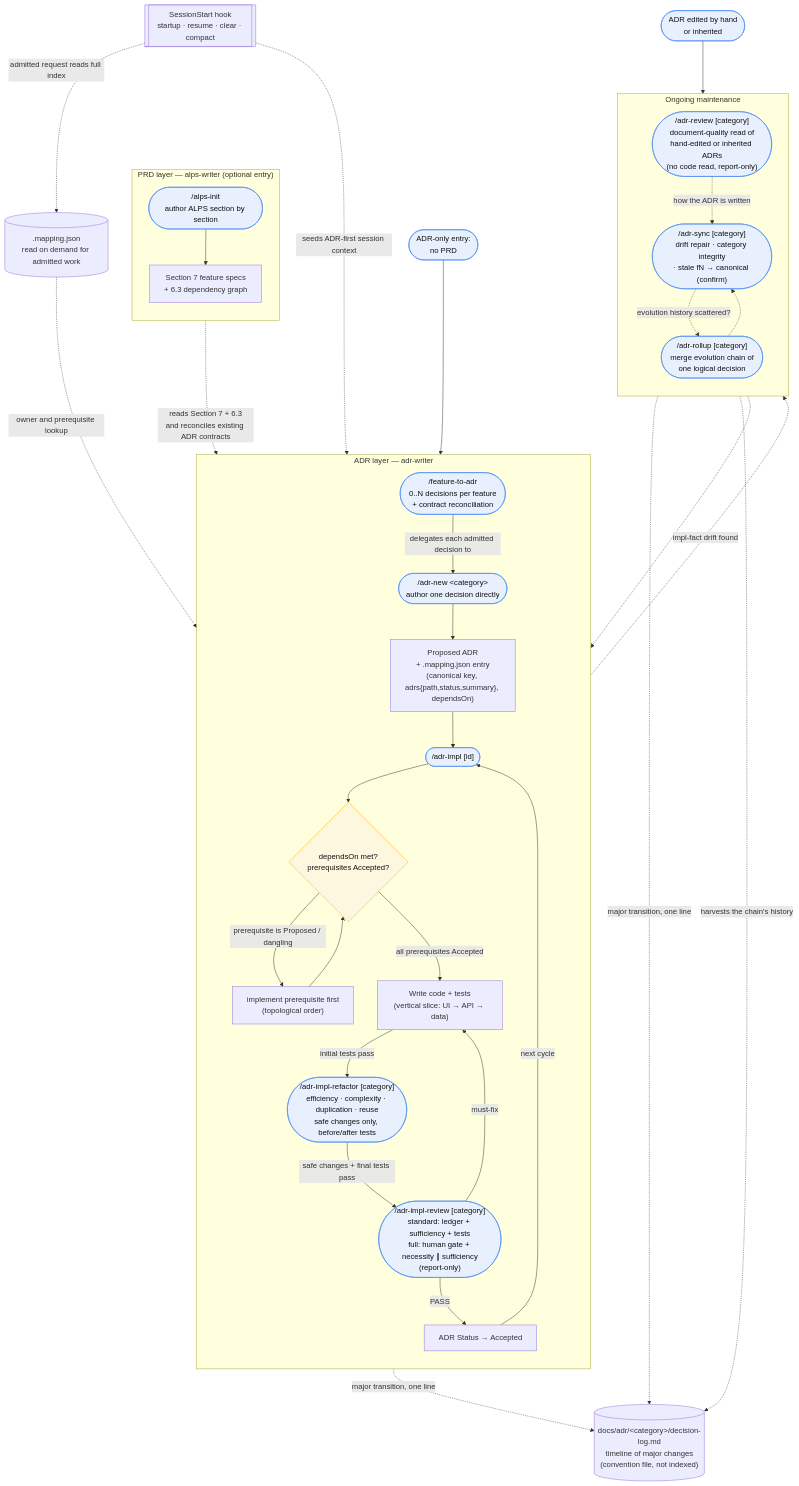
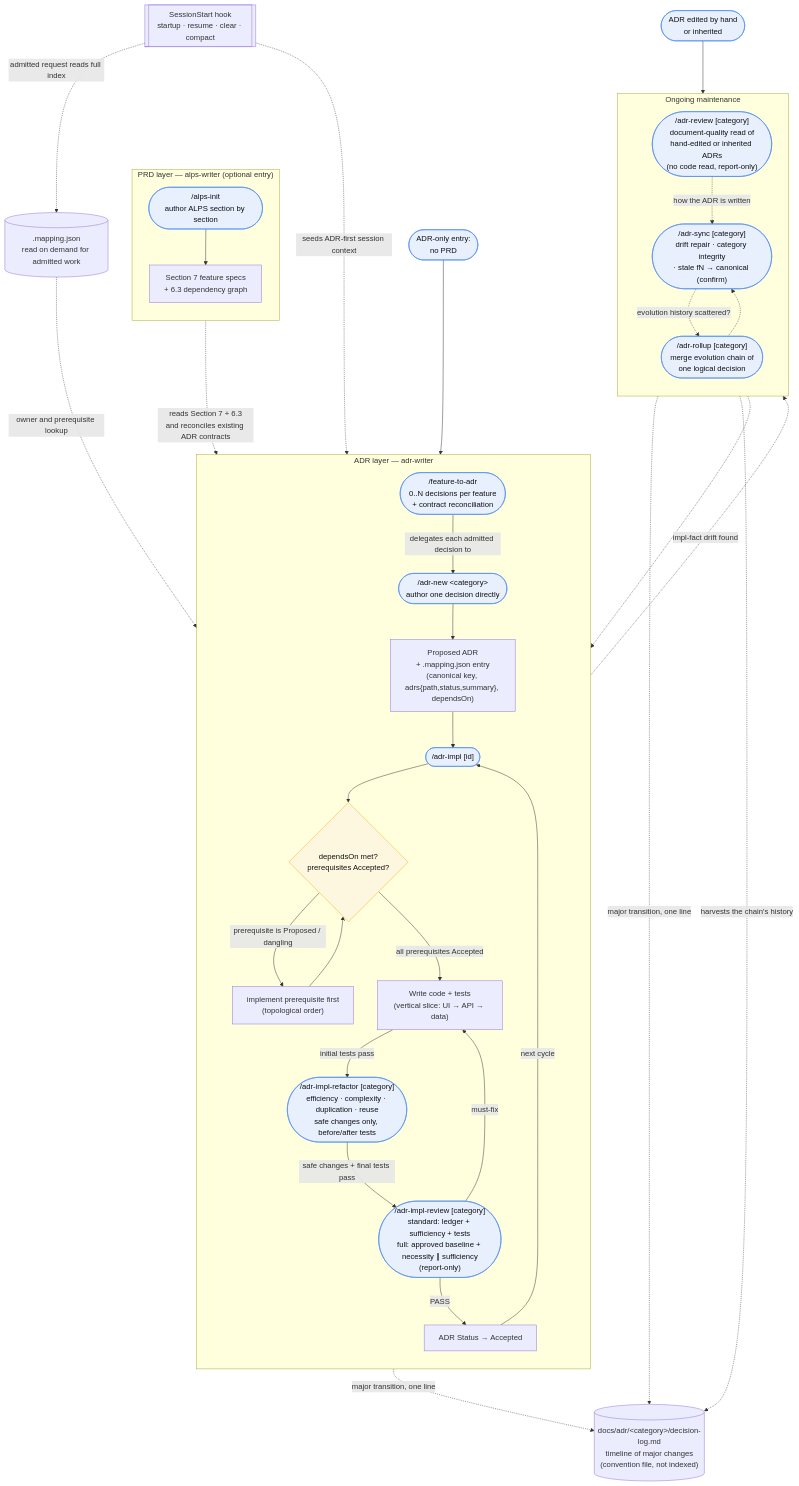
Before and after one commit to haandol/alps-writer-mcp: the second of 2 diagrams in docs/usage.md, drawn with Mermaid. The commit also changed other lines of this file and 4 other files, not shown here.

````diff
--- a/docs/usage.md
+++ b/docs/usage.md
@@ -32,66 +32,66 @@
 ```mermaid
 flowchart TD
     subgraph prd["PRD layer — alps-writer (optional entry)"]
         direction TB
         Init(["/alps-init<br/>author ALPS section by section"])
         S7["Section 7 feature specs<br/>+ 6.3 dependency graph"]
         Init --> S7
     end
 
     subgraph adr["ADR layer — adr-writer"]
         direction TB
         F2A(["/feature-to-adr<br/>0..N decisions per feature<br/>+ contract reconciliation"])
         New(["/adr-new &lt;category&gt;<br/>author one decision directly"])
         Proposed["Proposed ADR<br/>+ .mapping.json entry<br/>(canonical key, adrs{path,status,summary}, dependsOn)"]
         Impl(["/adr-impl [id]"])
         Gate{"dependsOn met?<br/>prerequisites Accepted?"}
         Code["Write code + tests<br/>(vertical slice: UI → API → data)"]
         Refactor(["/adr-impl-refactor [category]<br/>efficiency · complexity · duplication · reuse<br/>safe changes only, before/after tests"])
-        Review(["/adr-impl-review [category]<br/>standard: ledger + sufficiency + tests<br/>full: human gate + necessity ∥ sufficiency<br/>(report-only)"])
+        Review(["/adr-impl-review [category]<br/>standard: ledger + sufficiency + tests<br/>full: approved baseline + necessity ∥ sufficiency<br/>(report-only)"])
         Accepted["ADR Status → Accepted"]
 
         F2A -->|delegates each admitted decision to| New
         New --> Proposed
         Proposed --> Impl
         Impl --> Gate
         Gate -->|prerequisite is Proposed / dangling| PrereqFirst["implement prerequisite first<br/>(topological order)"]
         PrereqFirst --> Gate
         Gate -->|all prerequisites Accepted| Code
         Code -->|initial tests pass| Refactor
         Refactor -->|safe changes + final tests pass| Review
         Review -->|PASS| Accepted
         Review -->|must-fix| Code
     end
 
     subgraph maint["Ongoing maintenance"]
         direction TB
         Sync(["/adr-sync [category]<br/>drift repair · category integrity<br/>· stale fN → canonical (confirm)"])
         Rollup(["/adr-rollup [category]<br/>merge evolution chain of<br/>one logical decision"])
         DocRev(["/adr-review [category]<br/>document-quality read of<br/>hand-edited or inherited ADRs<br/>(no code read, report-only)"])
     end
 
     Hook[["SessionStart hook<br/>startup · resume · clear · compact"]]
     Mapping[(".mapping.json<br/>read on demand for admitted work")]
     Log[("docs/adr/&lt;category&gt;/decision-log.md<br/>timeline of major changes<br/>(convention file, not indexed)")]
 
     S7 -.->|"reads Section 7 + 6.3<br/>and reconciles existing ADR contracts"| F2A
     Start(["ADR-only entry:<br/>no PRD"]) --> New
     Review -.->|impl-fact drift found| Sync
     Sync -.-> Review
     Accepted -->|next cycle| Impl
     Sync -.->|evolution history scattered?| Rollup
     Rollup -.-> Sync
     Hand(["ADR edited by hand<br/>or inherited"]) --> DocRev
     DocRev -.->|"how the ADR is written"| Sync
     Hook -.->|seeds ADR-first session context| Impl
     Hook -.->|admitted request reads full index| Mapping
     Mapping -.->|owner and prerequisite lookup| Impl
     Impl -.->|"major transition, one line"| Log
     Sync -.->|"major transition, one line"| Log
     Rollup -.->|"harvests the chain's history"| Log
 
     classDef cmd fill:#e8f0fe,stroke:#4285f4,color:#111;
     classDef gate fill:#fef7e0,stroke:#f9ab00,color:#111;
     class Init,F2A,New,Impl,Refactor,Review,Sync,Rollup,DocRev,Start,Hand cmd;
     class Gate gate;
 ```
````
